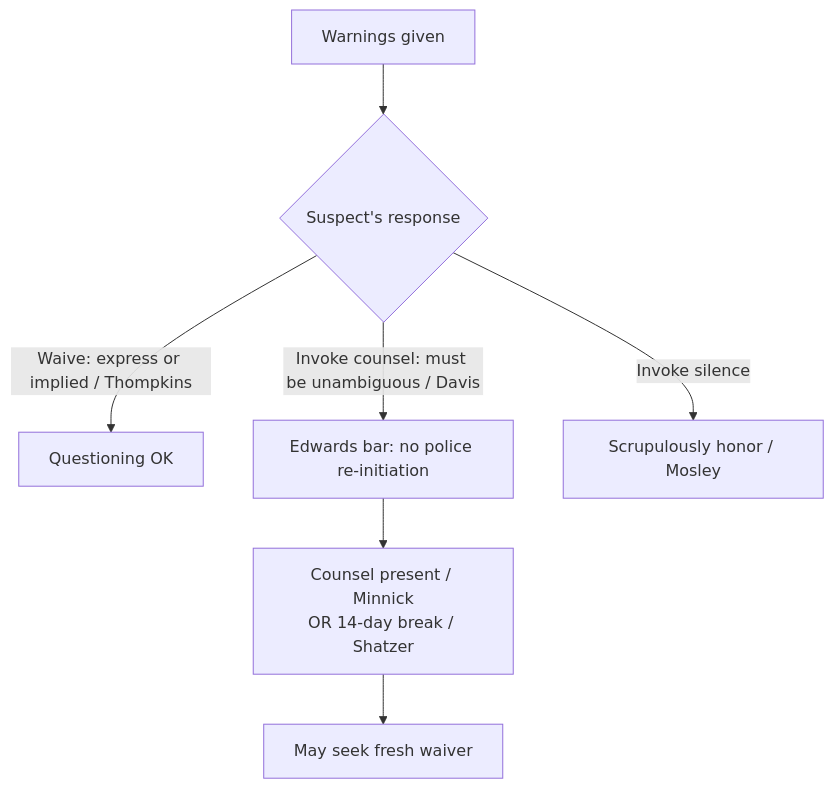
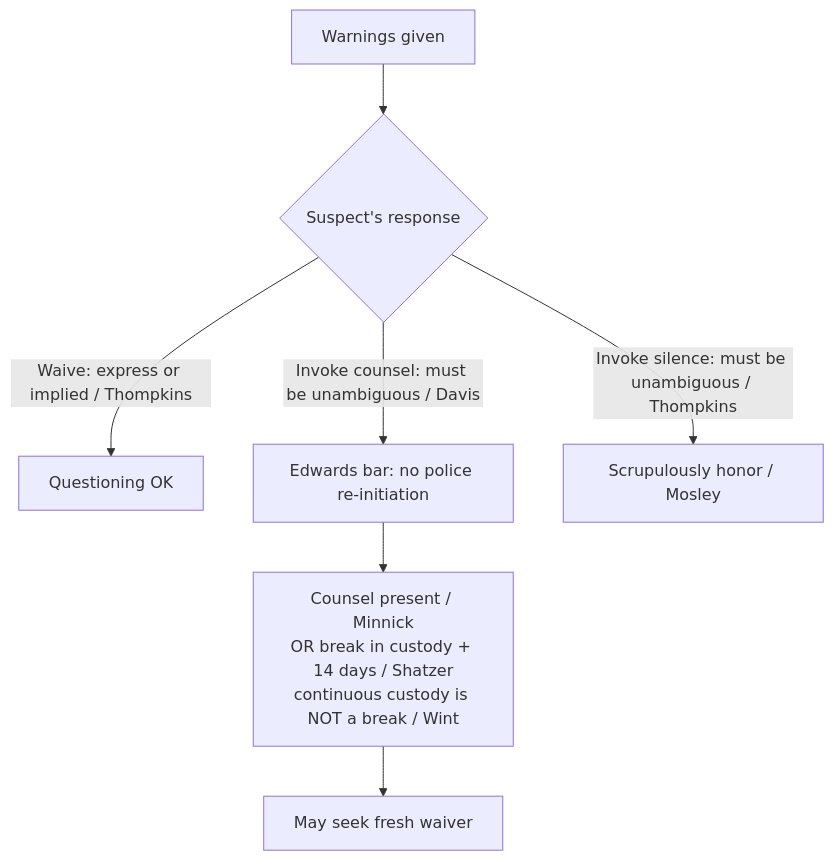
Before and after one commit to Enragedsaturday/cssi: the diagram in content/Miranda Waiver and Invocation.md, drawn with Mermaid. The commit also changed other lines of this file and 49 other files, not shown here.

````diff
--- a/content/Miranda Waiver and Invocation.md
+++ b/content/Miranda Waiver and Invocation.md
@@ -72,9 +76,9 @@
 ```mermaid
 flowchart TD
   A[Warnings given] --> B{Suspect's response}
   B -->|Waive: express or implied / Thompkins| C[Questioning OK]
   B -->|Invoke counsel: must be unambiguous / Davis| D[Edwards bar: no police re-initiation]
-  D --> E[Counsel present / Minnick<br/>OR 14-day break / Shatzer]
+  D --> E[Counsel present / Minnick<br/>OR break in custody + 14 days / Shatzer<br/>continuous custody is NOT a break / Wint]
   E --> F[May seek fresh waiver]
-  B -->|Invoke silence| G[Scrupulously honor / Mosley]
+  B -->|Invoke silence: must be unambiguous / Thompkins| G[Scrupulously honor / Mosley]
 ```
````
